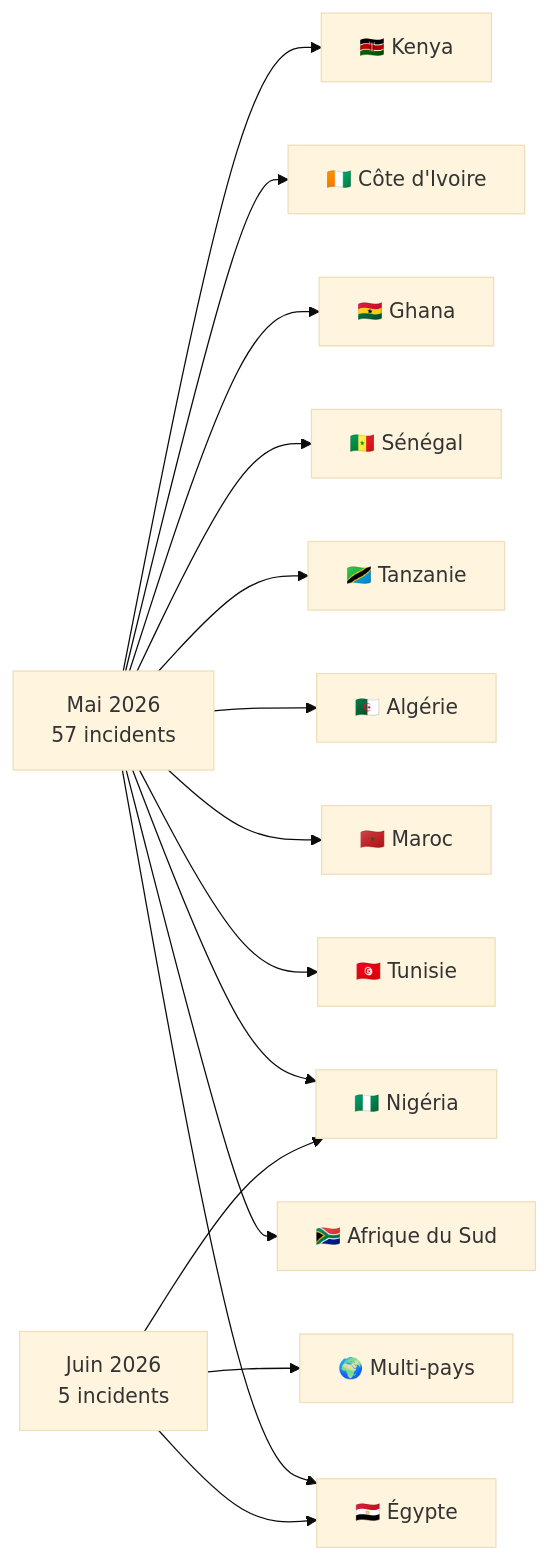
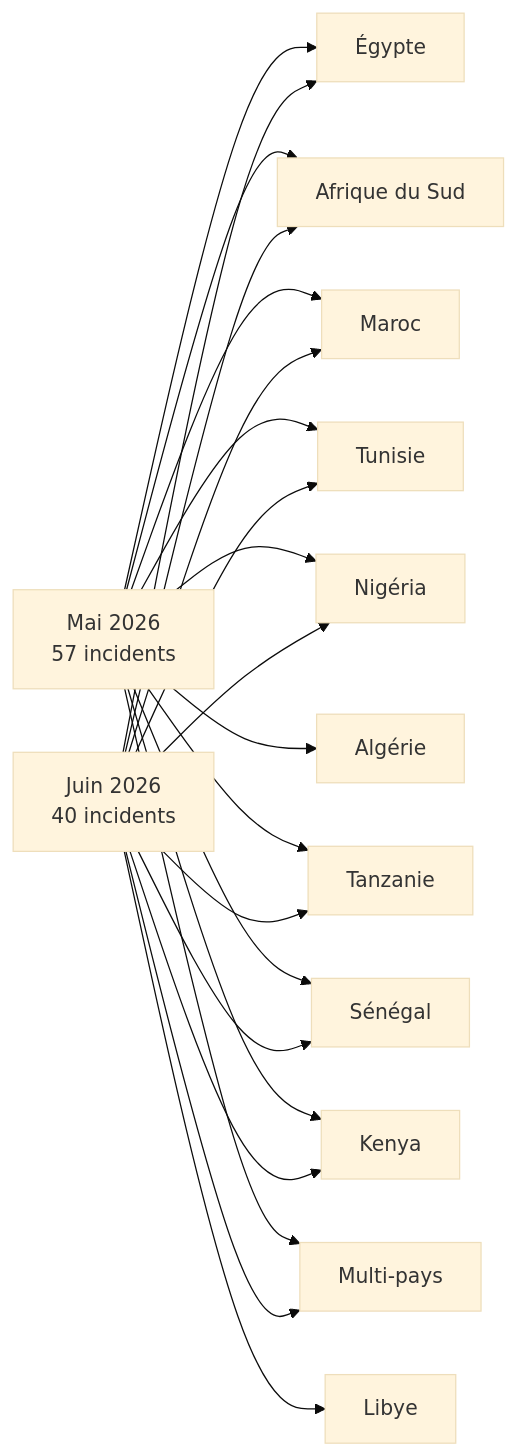
The fourth of 5 diagrams in comparison/2026/05-may-june/README_FR.md (Hatchepsoute/AFRINTEL), drawn with Mermaid (base theme) before and after one commit. The commit also changed other lines of this file and 18 other files, not shown here.

````diff
--- a/comparison/2026/05-may-june/README_FR.md
+++ b/comparison/2026/05-may-june/README_FR.md
@@ -66,35 +67,40 @@
 ```mermaid
 flowchart LR
 
 MAY["Mai 2026\n57 incidents"]
-JUN["Juin 2026\n5 incidents"]
+JUN["Juin 2026\n40 incidents"]
 
-EG["🇪🇬 Égypte"]
-ZA["🇿🇦 Afrique du Sud"]
-MA["🇲🇦 Maroc"]
-TN["🇹🇳 Tunisie"]
-NG["🇳🇬 Nigéria"]
-DZ["🇩🇿 Algérie"]
-TZ["🇹🇿 Tanzanie"]
-SN["🇸🇳 Sénégal"]
-GH["🇬🇭 Ghana"]
-CI["🇨🇮 Côte d'Ivoire"]
-KE["🇰🇪 Kenya"]
-MULTI["🌍 Multi-pays"]
+EG["Égypte"]
+ZA["Afrique du Sud"]
+MA["Maroc"]
+TN["Tunisie"]
+NG["Nigéria"]
+DZ["Algérie"]
+TZ["Tanzanie"]
+SN["Sénégal"]
+LY["Libye"]
+KE["Kenya"]
+MULTI["Multi-pays"]
 
 MAY --> EG
 MAY --> ZA
+MAY --> MA
 MAY --> TN
-MAY --> MA
 MAY --> NG
 MAY --> DZ
 MAY --> TZ
 MAY --> SN
-MAY --> GH
-MAY --> CI
 MAY --> KE
+MAY --> MULTI
 
+JUN --> MA
+JUN --> ZA
+JUN --> NG
 JUN --> EG
-JUN --> NG
+JUN --> TN
+JUN --> LY
+JUN --> TZ
+JUN --> SN
+JUN --> KE
 JUN --> MULTI
 ```
````
